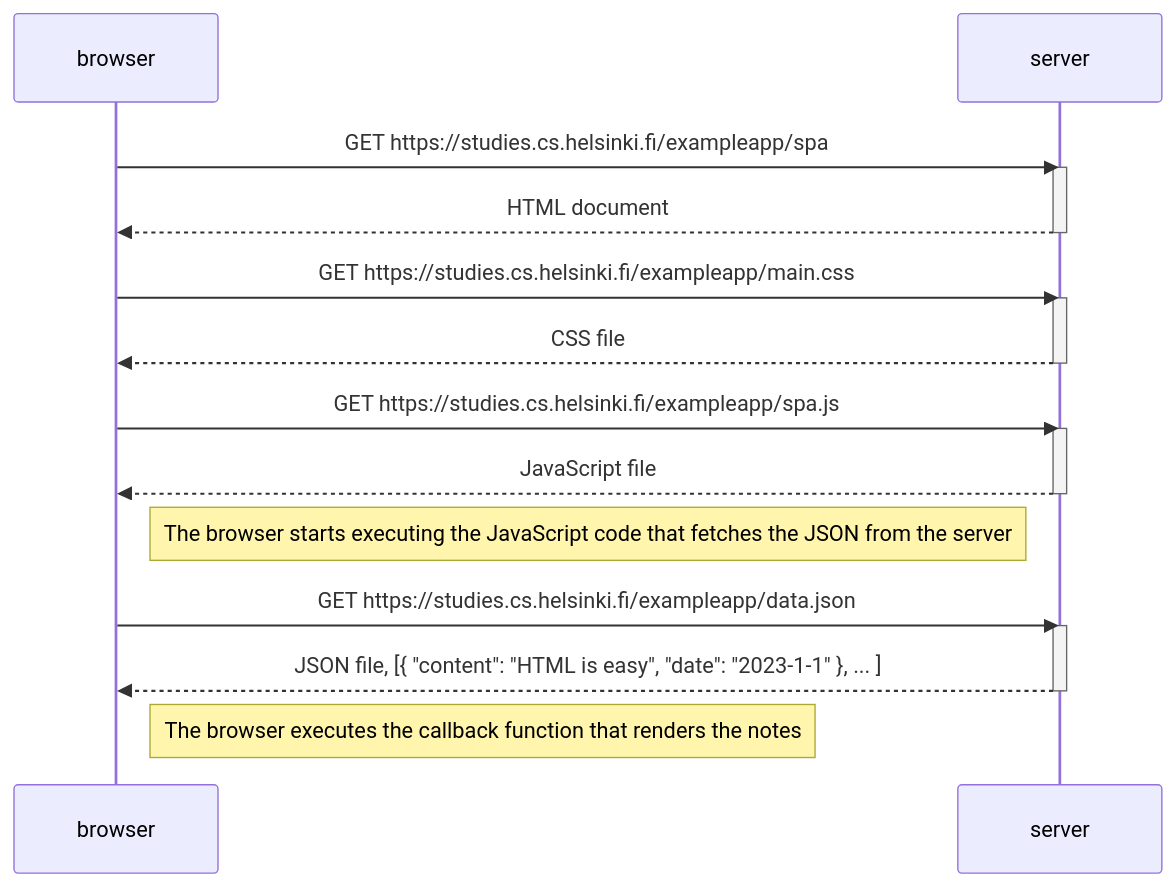
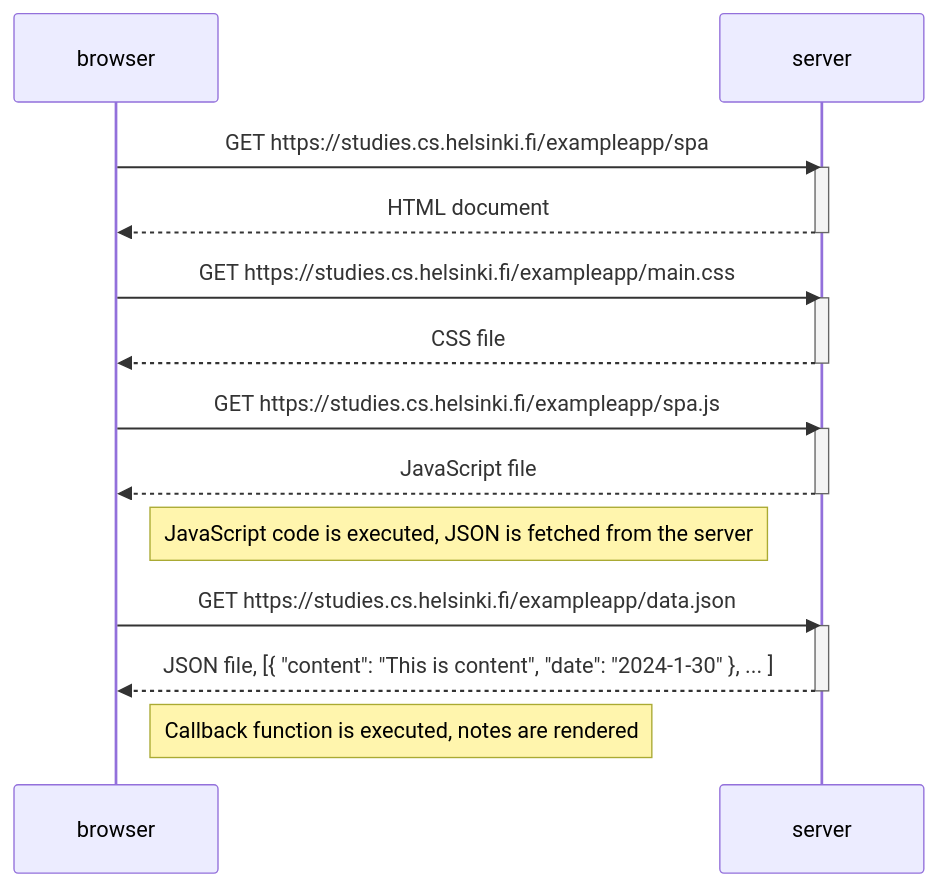
One commit to spurtilo/fullstackopen changed the diagram in part0/0.5 spa-diagram.md. Above: the diagram before and after it, drawn with Mermaid. The commit also changed 1 other file, not shown here.

Commit message:
Modify commenting

````diff
--- a/part0/0.5 spa-diagram.md
+++ b/part0/0.5 spa-diagram.md
@@ -1,29 +1,29 @@
 ```mermaid
 sequenceDiagram
 participant browser
 participant server
 
 browser->>server: GET https://studies.cs.helsinki.fi/exampleapp/spa
 activate server
 server-->>browser: HTML document
 deactivate server
 
 browser->>server: GET https://studies.cs.helsinki.fi/exampleapp/main.css
 activate server
 server-->>browser: CSS file
 deactivate server
 
 browser->>server: GET https://studies.cs.helsinki.fi/exampleapp/spa.js
 activate server
 server-->>browser: JavaScript file
 deactivate server
 
-Note right of browser: The browser starts executing the JavaScript code that fetches the JSON from the server
+Note right of browser: JavaScript code is executed, JSON is fetched from the server
 
 browser->>server: GET https://studies.cs.helsinki.fi/exampleapp/data.json
 activate server
-server-->>browser: JSON file, [{ "content": "HTML is easy", "date": "2023-1-1" }, ... ]
+server-->>browser: JSON file, [{ "content": "This is content", "date": "2024-1-30" }, ... ]
 deactivate server
 
-Note right of browser: The browser executes the callback function that renders the notes 
+Note right of browser: Callback function is executed, notes are rendered
 ```
````
